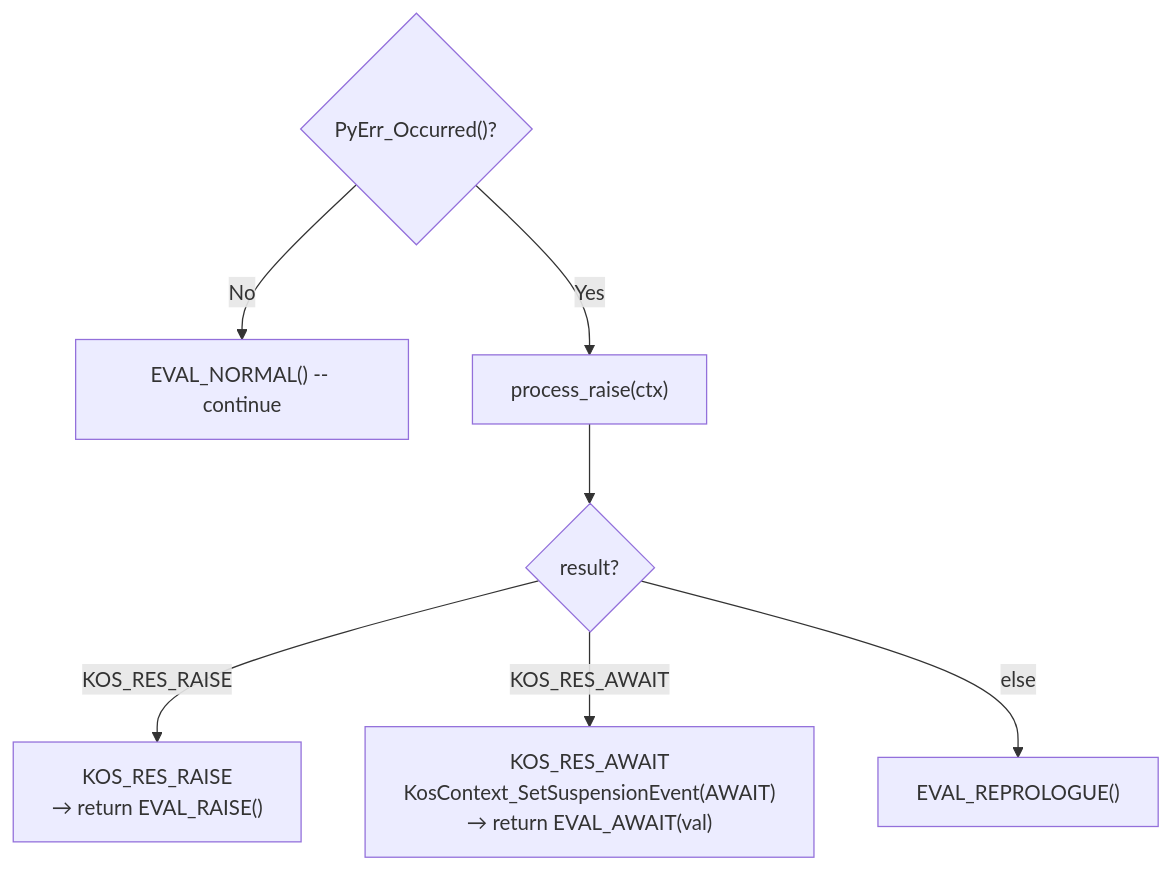
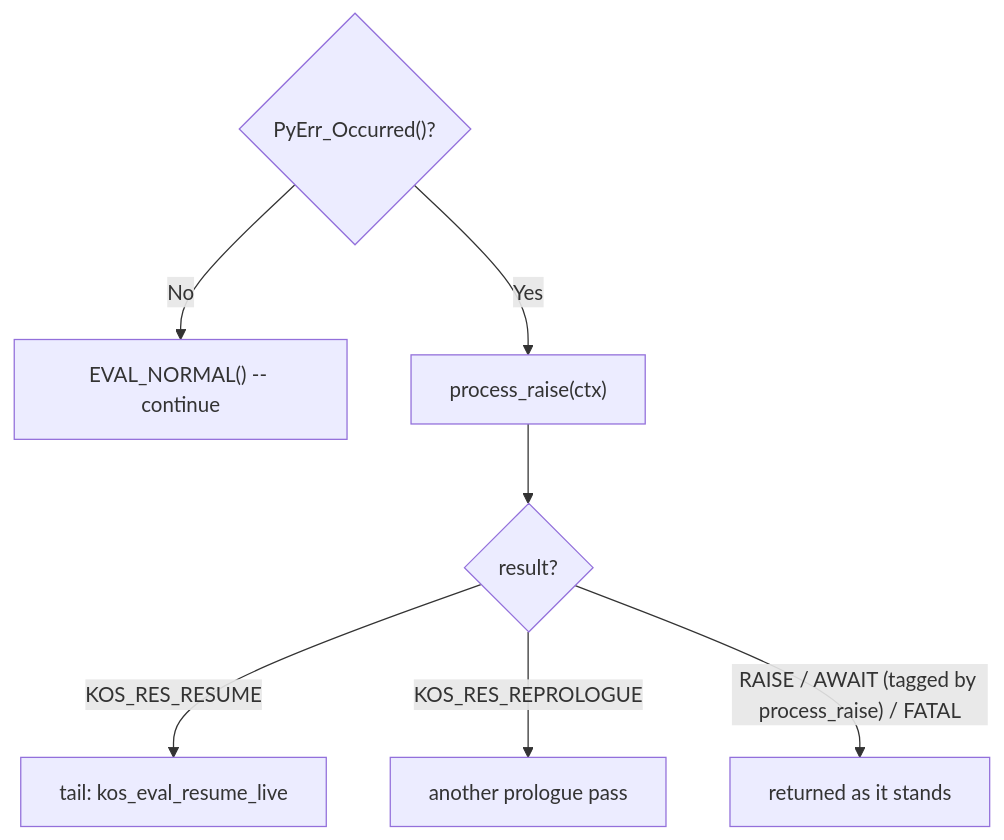
One commit to koskari-lang/koskari changed the fifth of 12 diagrams in design/EVALUATOR.md. Above: the diagram before and after it, drawn with Mermaid. The commit also changed other lines of this file and 16 other files, not shown here.

````diff
--- a/design/EVALUATOR.md
+++ b/design/EVALUATOR.md
@@ -326,17 +325,17 @@
 ```mermaid
 flowchart TD
     pyerr{"PyErr_Occurred()?"}
     cont["EVAL_NORMAL() -- continue"]
     process["process_raise(ctx)"]
     raise_check{"result?"}
-    stop_raise["KOS_RES_RAISE<br/>→ return EVAL_RAISE()"]
-    stop_await["KOS_RES_AWAIT<br/>KosContext_SetSuspensionEvent(AWAIT)<br/>→ return EVAL_AWAIT(val)"]
-    repro["EVAL_REPROLOGUE()"]
+    resume["tail: kos_eval_resume_live"]
+    repro["another prologue pass"]
+    stop["returned as it stands"]
 
     pyerr -->|No| cont
     pyerr -->|Yes| process
     process --> raise_check
-    raise_check -->|KOS_RES_RAISE| stop_raise
-    raise_check -->|KOS_RES_AWAIT| stop_await
-    raise_check -->|else| repro
+    raise_check -->|KOS_RES_RESUME| resume
+    raise_check -->|KOS_RES_REPROLOGUE| repro
+    raise_check -->|"RAISE / AWAIT (tagged by process_raise) / FATAL"| stop
 ```
````
